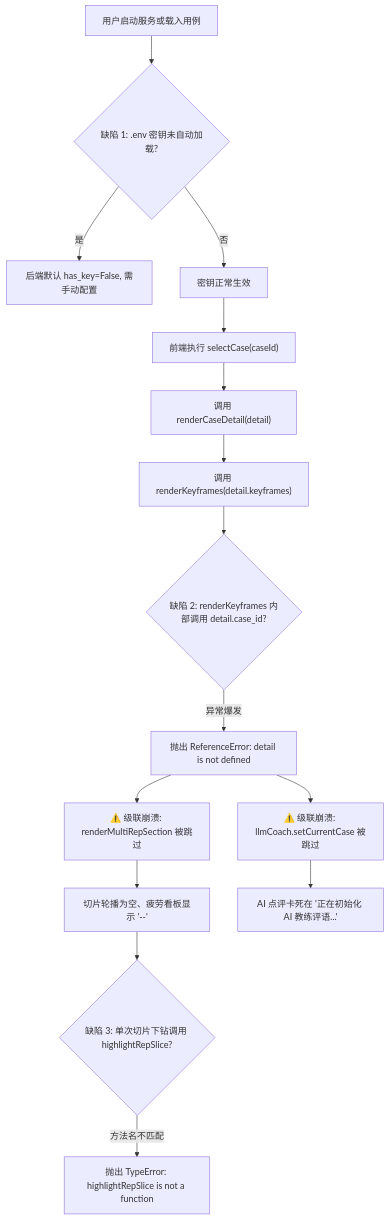
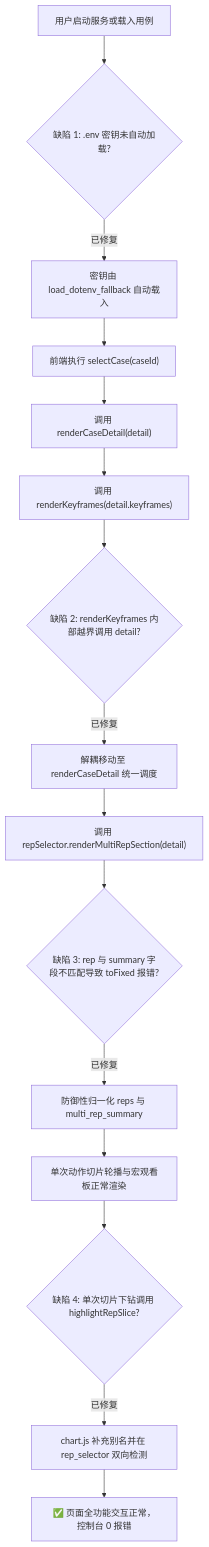
Before and after one commit to huwany1/Undergraduate-engineering-thesis: the diagram in reports/web_demo_test_record.md, drawn with Mermaid. The commit also changed other lines of this file and 3 other files, not shown here.

````diff
--- a/reports/web_demo_test_record.md
+++ b/reports/web_demo_test_record.md
@@ -33,19 +33,17 @@
 ```mermaid
 flowchart TD
     A["用户启动服务或载入用例"] --> B{"缺陷 1: .env 密钥未自动加载?"}
-    B -- 是 --> C["后端默认 has_key=False, 需手动配置"]
-    B -- 否 --> D["密钥正常生效"]
-
+    B -- 已修复 --> D["密钥由 load_dotenv_fallback 自动载入"]
     D --> E["前端执行 selectCase(caseId)"]
     E --> F["调用 renderCaseDetail(detail)"]
     F --> G["调用 renderKeyframes(detail.keyframes)"]
-    G --> H{"缺陷 2: renderKeyframes 内部调用 detail.case_id?"}
-    H -- 异常爆发 --> I["抛出 ReferenceError: detail is not defined"]
-    I --> J["⚠️ 级联崩溃: renderMultiRepSection 被跳过"]
-    I --> K["⚠️ 级联崩溃: llmCoach.setCurrentCase 被跳过"]
-    J --> L["切片轮播为空、疲劳看板显示 '--'"]
-    K --> M["AI 点评卡死在 '正在初始化 AI 教练评语...'"]
-
-    L --> N{"缺陷 3: 单次切片下钻调用 highlightRepSlice?"}
-    N -- 方法名不匹配 --> O["抛出 TypeError: highlightRepSlice is not a function"]
+    G --> H{"缺陷 2: renderKeyframes 内部越界调用 detail?"}
+    H -- 已修复 --> I["解耦移动至 renderCaseDetail 统一调度"]
+    I --> J["调用 repSelector.renderMultiRepSection(detail)"]
+    J --> K{"缺陷 3: rep 与 summary 字段不匹配导致 toFixed 报错?"}
+    K -- 已修复 --> L["防御性归一化 reps 与 multi_rep_summary"]
+    L --> M["单次动作切片轮播与宏观看板正常渲染"]
+    M --> N{"缺陷 4: 单次切片下钻调用 highlightRepSlice?"}
+    N -- 已修复 --> O["chart.js 补充别名并在 rep_selector 双向检测"]
+    O --> P["✅ 页面全功能交互正常，控制台 0 报错"]
 ```
````
